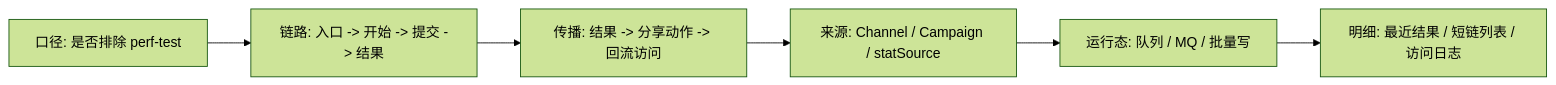
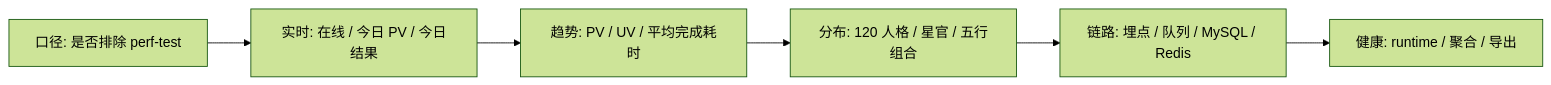
Before and after one commit to Oliver1205/wuxing-persona-card: the first of 2 diagrams in docs/admin-metric-dictionary.md, drawn with Mermaid (forest theme). The commit also changed other lines of this file and 17 other files, not shown here.

````diff
--- a/docs/admin-metric-dictionary.md
+++ b/docs/admin-metric-dictionary.md
@@ -13,8 +13,8 @@
 ```mermaid
 flowchart LR
-  A["口径: 是否排除 perf-test"] --> B["链路: 入口 -> 开始 -> 提交 -> 结果"]
-  B --> C["传播: 结果 -> 分享动作 -> 回流访问"]
-  C --> D["来源: Channel / Campaign / statSource"]
-  D --> E["运行态: 队列 / MQ / 批量写"]
-  E --> F["明细: 最近结果 / 短链列表 / 访问日志"]
+  A["口径: 是否排除 perf-test"] --> B["实时: 在线 / 今日 PV / 今日结果"]
+  B --> C["趋势: PV / UV / 平均完成耗时"]
+  C --> D["分布: 120 人格 / 星官 / 五行组合"]
+  D --> E["链路: 埋点 / 队列 / MySQL / Redis"]
+  E --> F["健康: runtime / 聚合 / 导出"]
 ```
````
